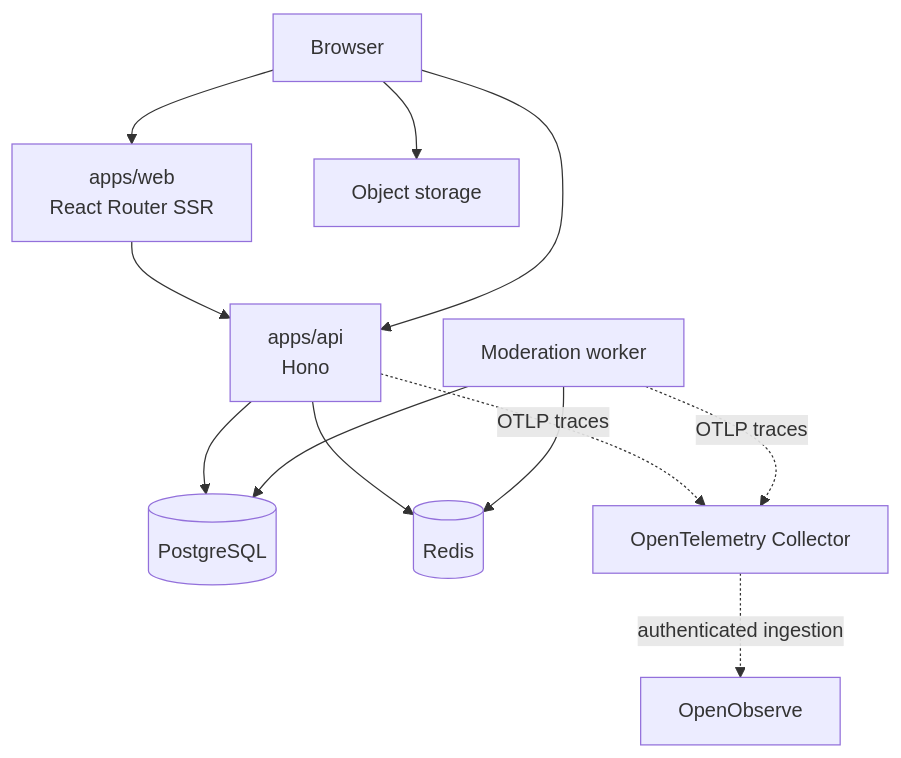
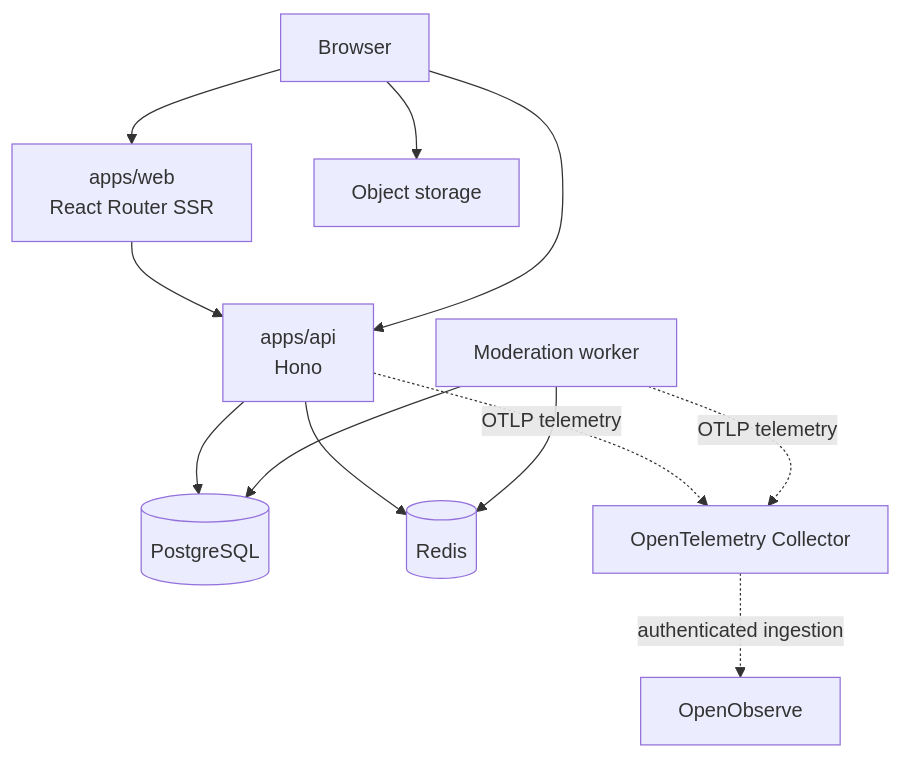
One commit to cnodejs/cnode-next changed the first of 2 diagrams in docs/arch/architecture.md. Above: the diagram before and after it, drawn with Mermaid. The commit also changed other lines of this file and 41 other files, not shown here.

Commit message:
feat(api): add logs and metrics telemetry

````diff
--- a/docs/arch/architecture.md
+++ b/docs/arch/architecture.md
@@ -7,14 +7,14 @@
 ```mermaid
 graph TB
   Browser[Browser] --> Web[apps/web<br/>React Router SSR]
   Web --> API[apps/api<br/>Hono]
   Browser --> API
   Browser --> Storage[Object storage]
   API --> PG[(PostgreSQL)]
   API --> Redis[(Redis)]
   Worker[Moderation worker] --> PG
   Worker --> Redis
-  API -. OTLP traces .-> Collector[OpenTelemetry Collector]
-  Worker -. OTLP traces .-> Collector
+  API -. OTLP telemetry .-> Collector[OpenTelemetry Collector]
+  Worker -. OTLP telemetry .-> Collector
   Collector -. authenticated ingestion .-> OpenObserve[OpenObserve]
 ```
````
